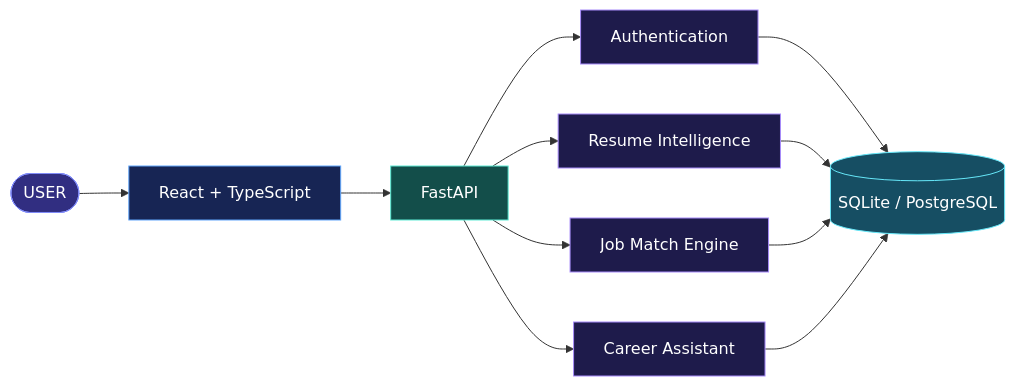
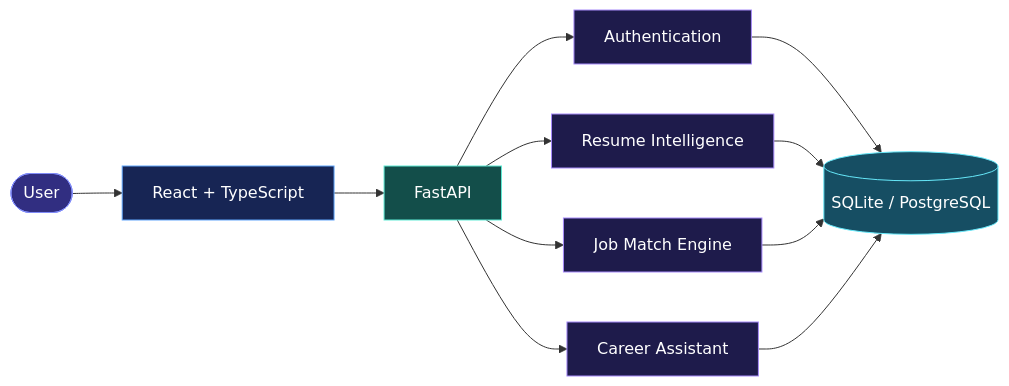
Before and after one commit to SyedRaqi/Resume-analyzer: the diagram in README.md, drawn with Mermaid. The commit also changed other lines of this file, not shown here.

````diff
--- a/README.md
+++ b/README.md
@@ -95,22 +76,22 @@
 ```mermaid
 flowchart LR
-    U([USER]) --> UI[React + TypeScript]
+    U([User]) --> UI[React + TypeScript]
     UI --> API[FastAPI]
     API --> AUTH[Authentication]
     API --> RES[Resume Intelligence]
     API --> JOB[Job Match Engine]
     API --> AI[Career Assistant]
     AUTH --> DB[(SQLite / PostgreSQL)]
     RES --> DB
     JOB --> DB
     AI --> DB
 
     style U fill:#312e81,color:#fff,stroke:#818cf8
     style UI fill:#172554,color:#fff,stroke:#60a5fa
     style API fill:#134e4a,color:#fff,stroke:#5eead4
     style AUTH fill:#1e1b4b,color:#fff,stroke:#a78bfa
     style RES fill:#1e1b4b,color:#fff,stroke:#a78bfa
     style JOB fill:#1e1b4b,color:#fff,stroke:#a78bfa
     style AI fill:#1e1b4b,color:#fff,stroke:#a78bfa
     style DB fill:#164e63,color:#fff,stroke:#67e8f9
 ```
````
